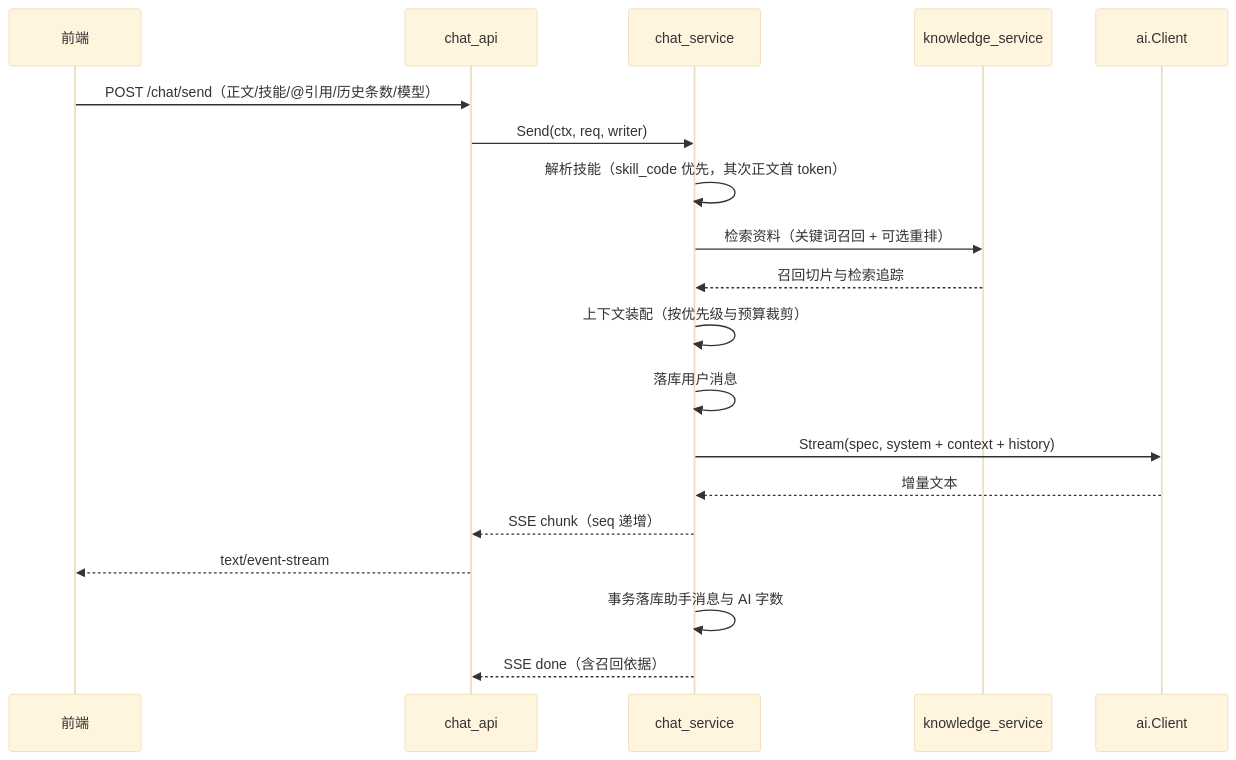
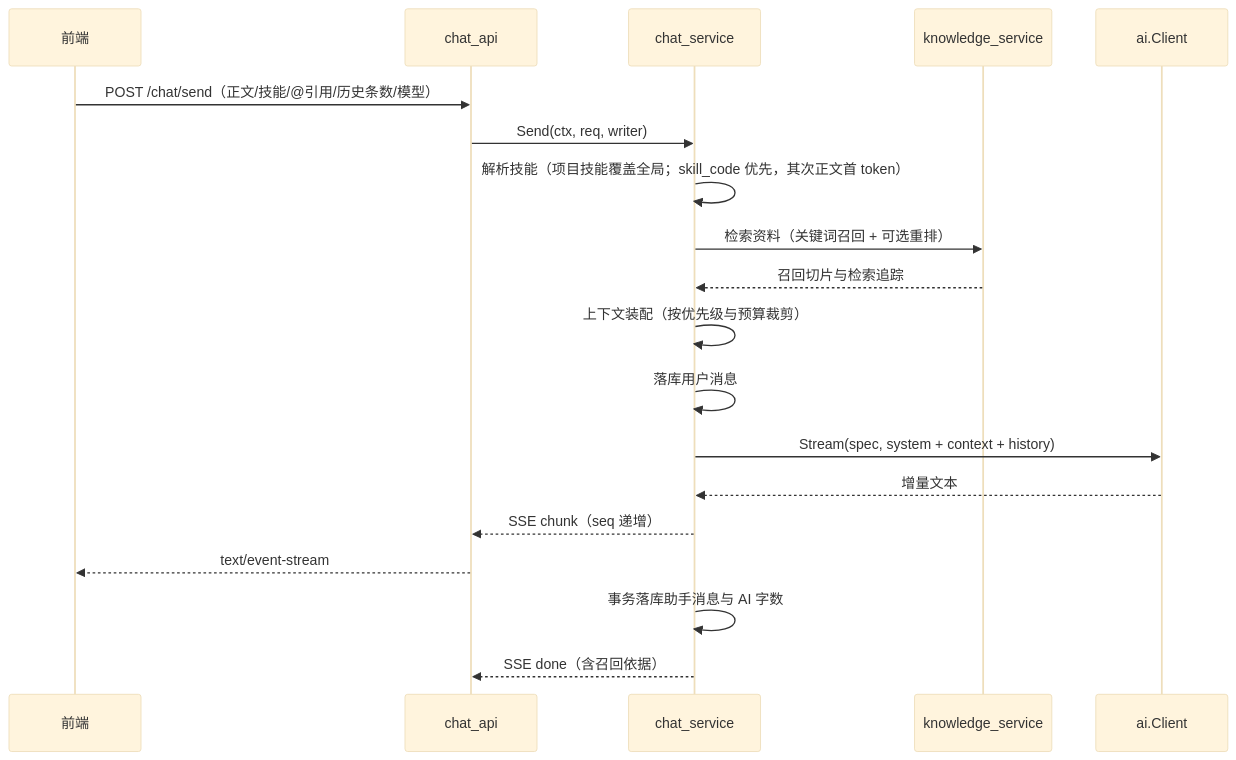
The second of 2 diagrams in doc/architecture.md (2132691342/NovelWorkbench), drawn with Mermaid (base theme) before and after one commit. The commit also changed other lines of this file and 99 other files, not shown here.

````diff
--- a/doc/architecture.md
+++ b/doc/architecture.md
@@ -166,21 +175,21 @@
 ```mermaid
 sequenceDiagram
   participant FE as 前端
   participant API as chat_api
   participant SVC as chat_service
   participant RAG as knowledge_service
   participant AI as ai.Client
   FE->>API: POST /chat/send（正文/技能/@引用/历史条数/模型）
   API->>SVC: Send(ctx, req, writer)
-  SVC->>SVC: 解析技能（skill_code 优先，其次正文首 token）
+  SVC->>SVC: 解析技能（项目技能覆盖全局；skill_code 优先，其次正文首 token）
   SVC->>RAG: 检索资料（关键词召回 + 可选重排）
   RAG-->>SVC: 召回切片与检索追踪
   SVC->>SVC: 上下文装配（按优先级与预算裁剪）
   SVC->>SVC: 落库用户消息
   SVC->>AI: Stream(spec, system + context + history)
   AI-->>SVC: 增量文本
   SVC-->>API: SSE chunk（seq 递增）
   API-->>FE: text/event-stream
   SVC->>SVC: 事务落库助手消息与 AI 字数
   SVC-->>API: SSE done（含召回依据）
 ```
````
